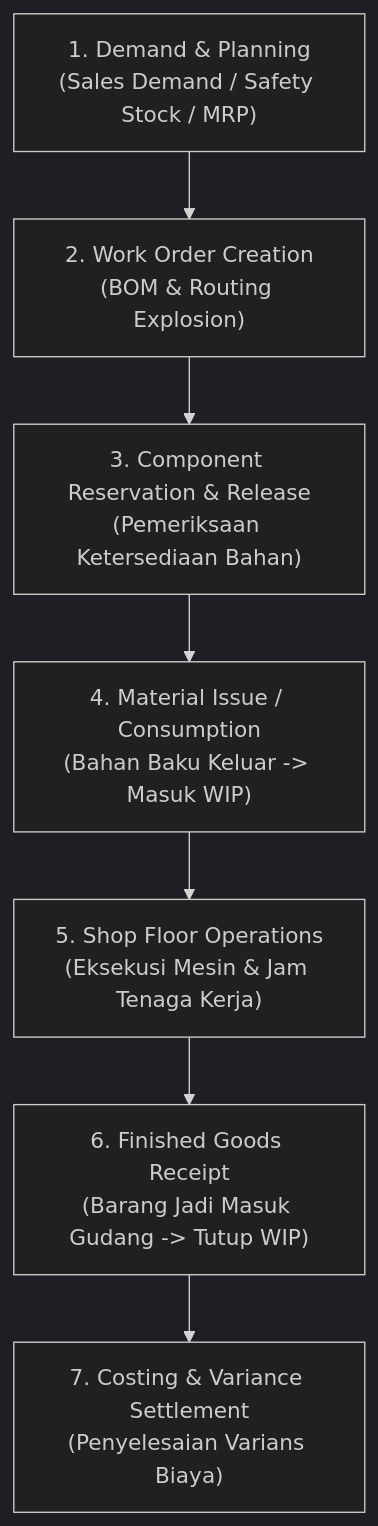
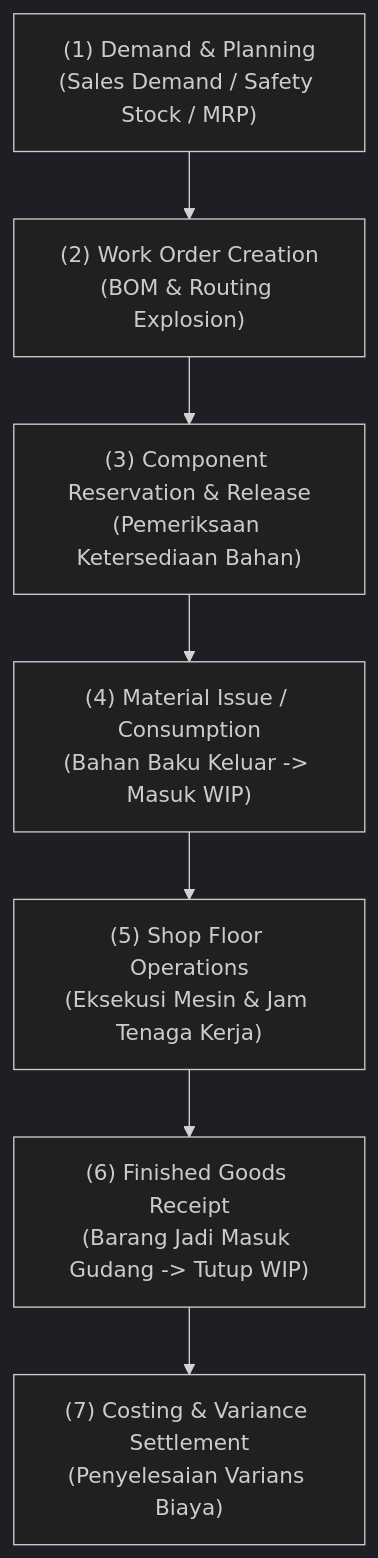
The diagram in content/01-business-processes/manufacturing-process.md (alimurrofid/erp-notes), drawn with Mermaid (dark theme) before and after one commit. The commit also changed 132 other files, not shown here.

````diff
--- a/content/01-business-processes/manufacturing-process.md
+++ b/content/01-business-processes/manufacturing-process.md
@@ -17,10 +17,10 @@
 ```mermaid
 flowchart TD
-    DMD["1. Demand & Planning<br/>(Sales Demand / Safety Stock / MRP)"]
-    --> MO["2. Work Order Creation<br/>(BOM & Routing Explosion)"]
-    --> REL["3. Component Reservation & Release<br/>(Pemeriksaan Ketersediaan Bahan)"]
-    --> ISS["4. Material Issue / Consumption<br/>(Bahan Baku Keluar -> Masuk WIP)"]
-    --> OPS["5. Shop Floor Operations<br/>(Eksekusi Mesin & Jam Tenaga Kerja)"]
-    --> REC["6. Finished Goods Receipt<br/>(Barang Jadi Masuk Gudang -> Tutup WIP)"]
-    --> SET["7. Costing & Variance Settlement<br/>(Penyelesaian Varians Biaya)"]
+    DMD["(1) Demand & Planning<br/>(Sales Demand / Safety Stock / MRP)"]
+    --> MO["(2) Work Order Creation<br/>(BOM & Routing Explosion)"]
+    --> REL["(3) Component Reservation & Release<br/>(Pemeriksaan Ketersediaan Bahan)"]
+    --> ISS["(4) Material Issue / Consumption<br/>(Bahan Baku Keluar -> Masuk WIP)"]
+    --> OPS["(5) Shop Floor Operations<br/>(Eksekusi Mesin & Jam Tenaga Kerja)"]
+    --> REC["(6) Finished Goods Receipt<br/>(Barang Jadi Masuk Gudang -> Tutup WIP)"]
+    --> SET["(7) Costing & Variance Settlement<br/>(Penyelesaian Varians Biaya)"]
 ```
````
